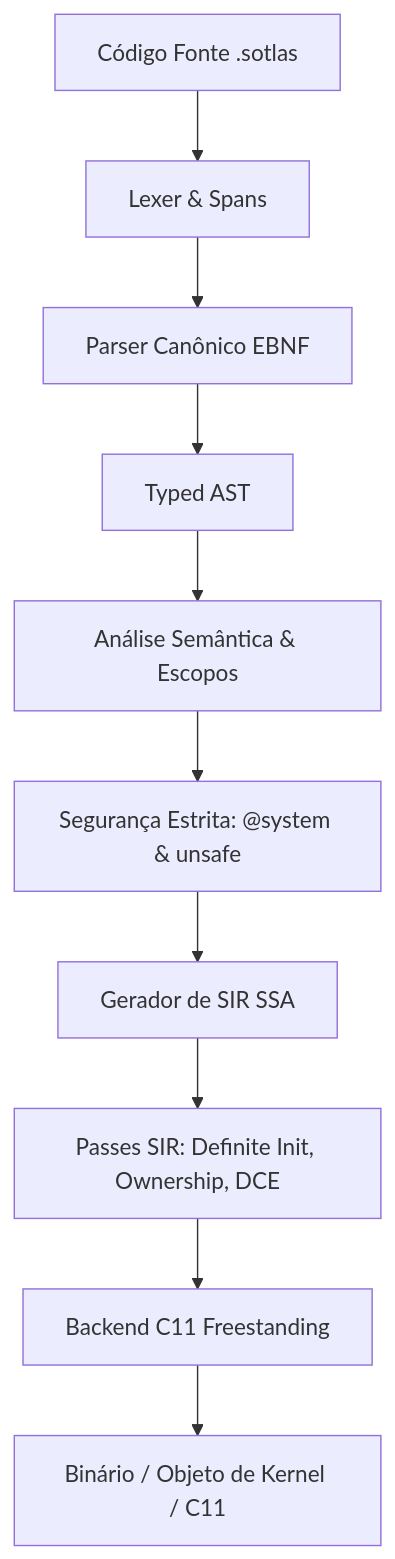
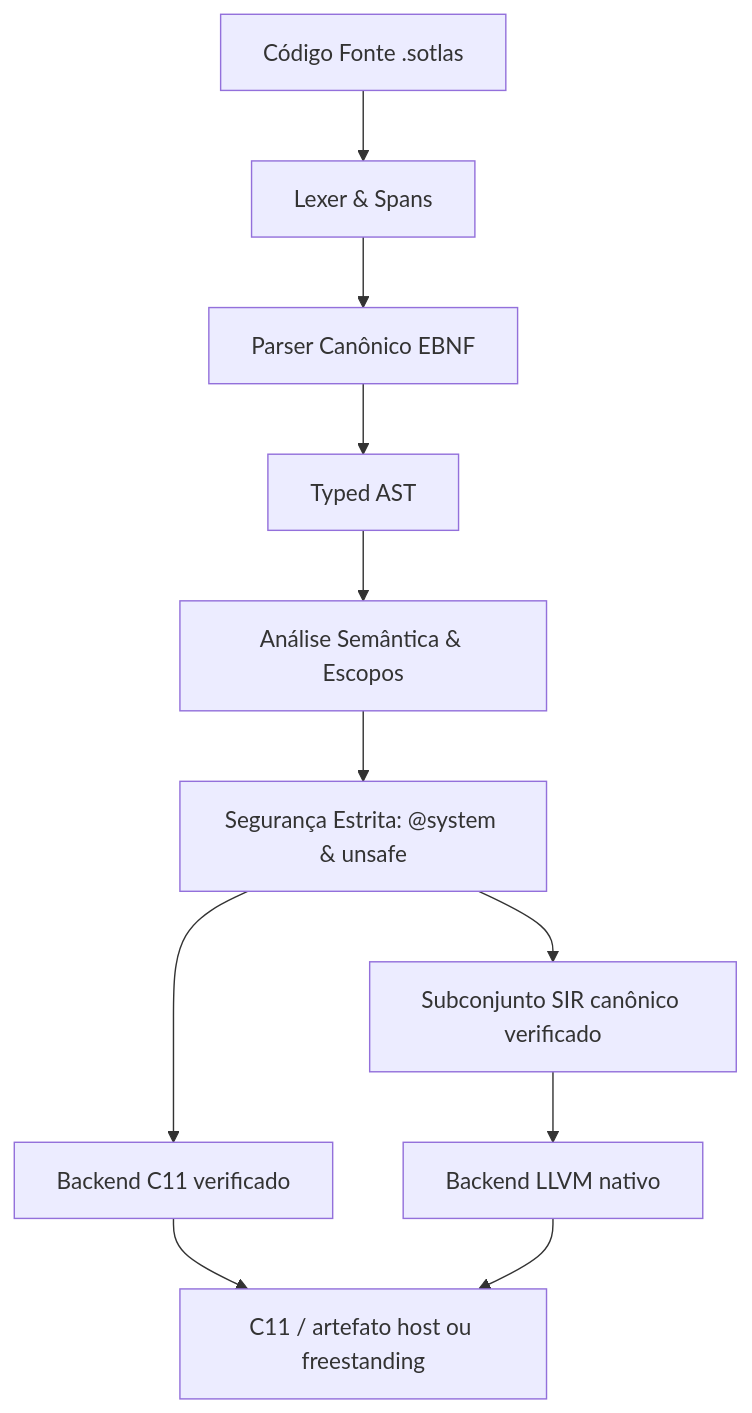
The diagram in README.pt-BR.md (HPinho/sotlas_dev), drawn with Mermaid before and after one commit. The commit also changed other lines of this file and 16 other files, not shown here.

````diff
--- a/README.pt-BR.md
+++ b/README.pt-BR.md
@@ -131,12 +134,13 @@
 ```mermaid
 graph TD
     SRC[Código Fonte .sotlas] --> LEX[Lexer & Spans]
     LEX --> PARSE[Parser Canônico EBNF]
     PARSE --> AST[Typed AST]
     AST --> SEMA[Análise Semântica & Escopos]
     SEMA --> SAFETY[Segurança Estrita: @system & unsafe]
-    SAFETY --> SIR_GEN[Gerador de SIR SSA]
-    SIR_GEN --> SIR_PASSES[Passes SIR: Definite Init, Ownership, DCE]
-    SIR_PASSES --> CODEGEN[Backend C11 Freestanding]
-    CODEGEN --> OUT[Binário / Objeto de Kernel / C11]
+    SAFETY --> C11[Backend C11 verificado]
+    SAFETY --> CSIR[Subconjunto SIR canônico verificado]
+    CSIR --> LLVM[Backend LLVM nativo]
+    C11 --> OUT[C11 / artefato host ou freestanding]
+    LLVM --> OUT
 ```
````
